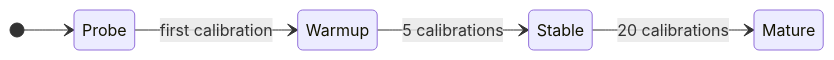
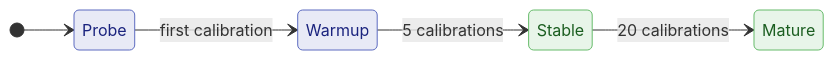
Before and after one commit to fab2s/floDl: the diagram in docs/ddp/03-internals.md, drawn with Mermaid. The commit also changed 6 other files, not shown here.

Commit message:
doc: mermaid palette

````diff
--- a/docs/ddp/03-internals.md
+++ b/docs/ddp/03-internals.md
@@ -11,8 +11,13 @@
 ```mermaid
 stateDiagram-v2
     direction LR
     [*] --> Probe
     Probe --> Warmup : first calibration
     Warmup --> Stable : 5 calibrations
     Stable --> Mature : 20 calibrations
+
+    classDef actor fill:#e8eaf6,stroke:#5c6bc0,color:#1a237e
+    classDef good fill:#e8f5e9,stroke:#66bb6a,color:#1b5e20
+    class Probe,Warmup actor
+    class Stable,Mature good
 ```
````
